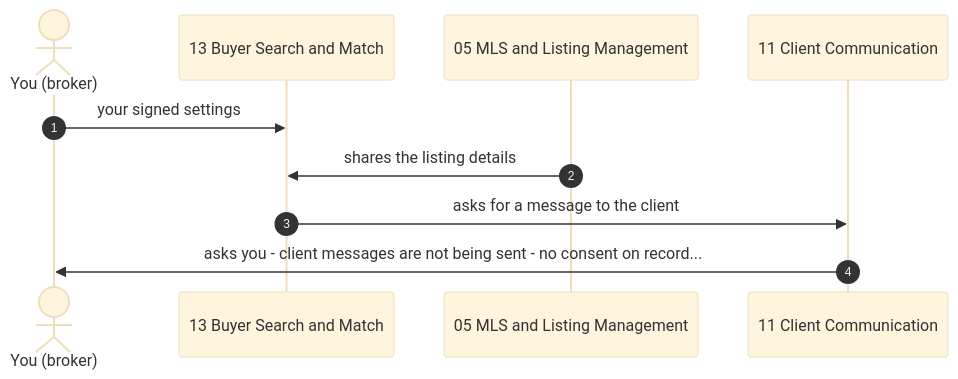
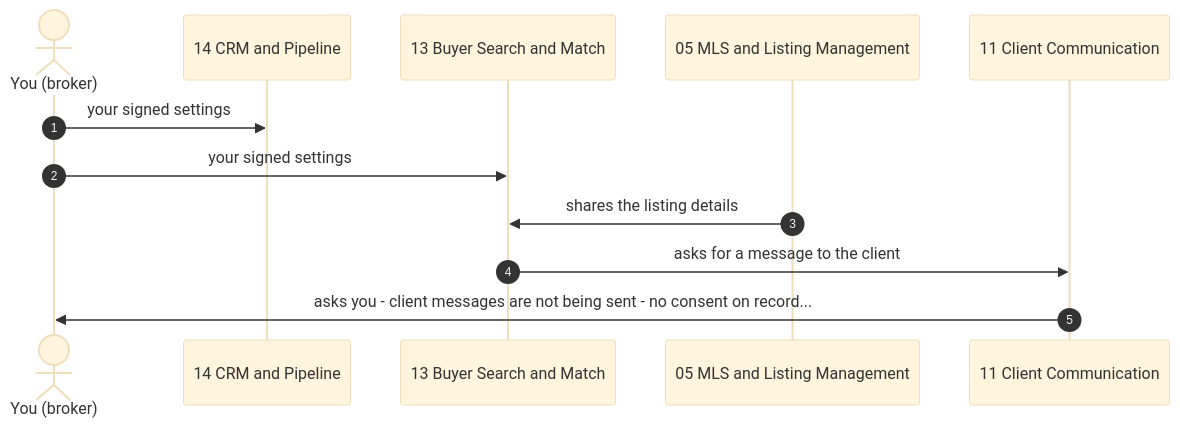
Before and after one commit to QuietFireAI/listing-assistants: diagram 12 of 25 in docs/PLAY-BY-PLAY.md, drawn with Mermaid (base theme). The commit also changed other lines of this file and 66 other files, not shown here.

````diff
--- a/docs/PLAY-BY-PLAY.md
+++ b/docs/PLAY-BY-PLAY.md
@@ -714,12 +735,14 @@
 ```mermaid
 sequenceDiagram
     autonumber
     actor B as You (broker)
+    participant A14 as 14 CRM and Pipeline
     participant A13 as 13 Buyer Search and Match
     participant A05 as 05 MLS and Listing Management
     participant A11 as 11 Client Communication
+    B->>A14: your signed settings
     B->>A13: your signed settings
     A05->>A13: shares the listing details
     A13->>A11: asks for a message to the client
     A11->>B: asks you - client messages are not being sent - no consent on record...
 ```
````
